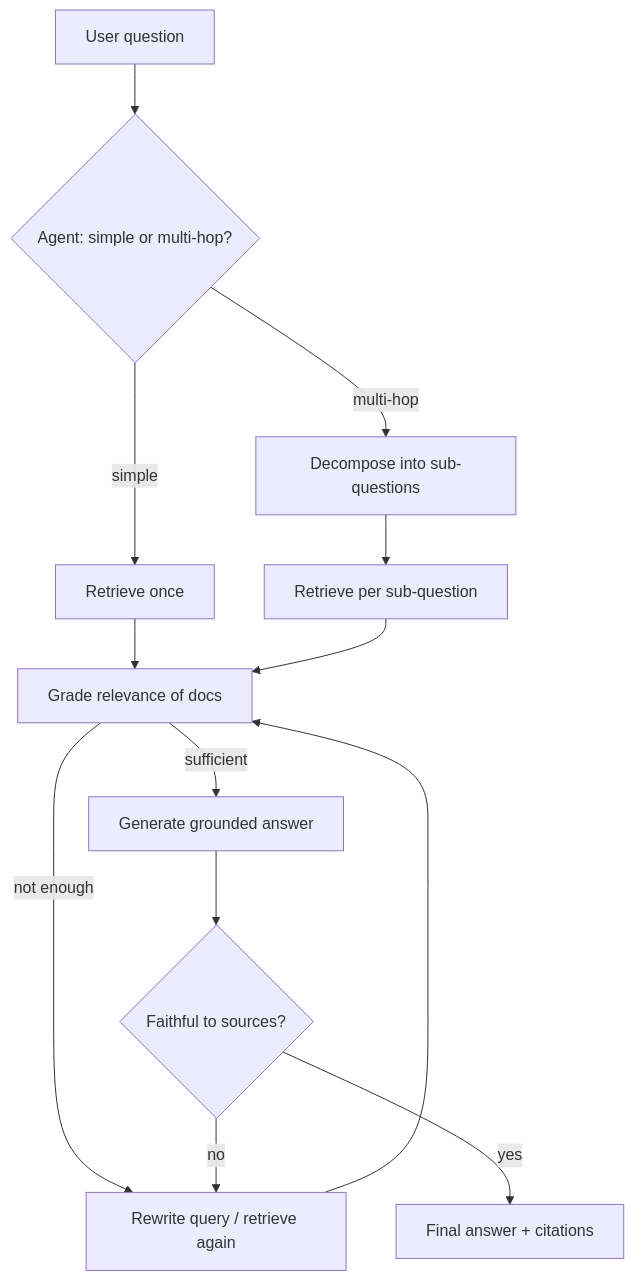
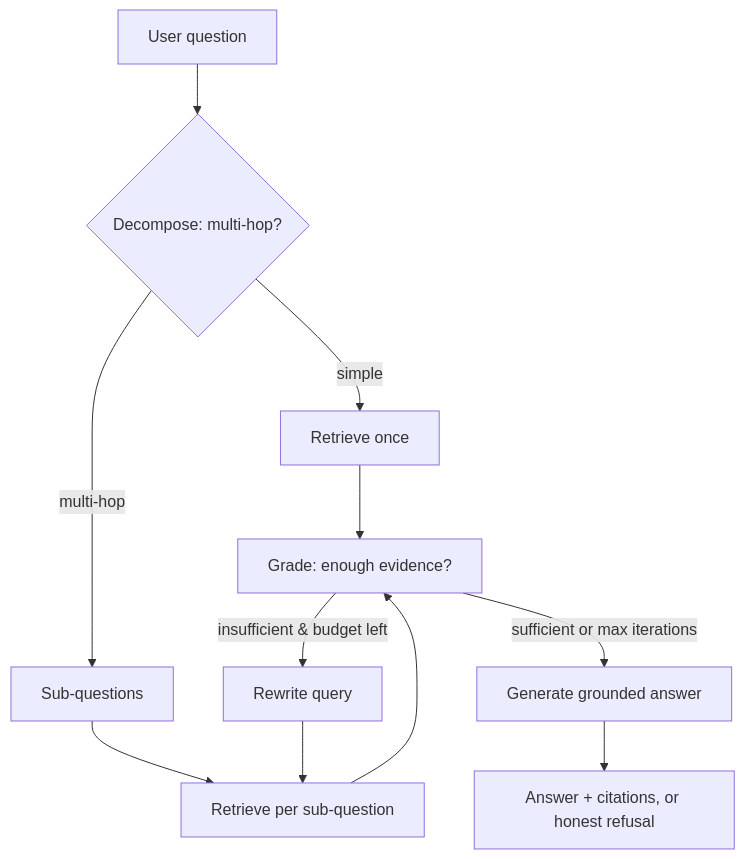
The diagram in README.md (didardagidir/RAG), drawn with Mermaid before and after one commit. The commit also changed other lines of this file, not shown here.

Commit message:
Final README: full pipeline, results, and honest agentic analysis (Phases 1-6)

````diff
--- a/README.md
+++ b/README.md
@@ -27,15 +27,13 @@
 ```mermaid
 flowchart TD
-    Q[User question] --> ROUTE{Agent: simple or multi-hop?}
-    ROUTE -->|simple| R1[Retrieve once]
-    ROUTE -->|multi-hop| DECOMP[Decompose into sub-questions]
-    DECOMP --> R2[Retrieve per sub-question]
-    R1 --> GRADE[Grade relevance of docs]
+    Q[User question] --> DEC{Decompose: multi-hop?}
+    DEC -->|simple| R1[Retrieve once]
+    DEC -->|multi-hop| SUBS[Sub-questions]
+    SUBS --> R2[Retrieve per sub-question]
+    R1 --> GRADE[Grade: enough evidence?]
     R2 --> GRADE
-    GRADE -->|not enough| REWRITE[Rewrite query / retrieve again]
-    REWRITE --> GRADE
-    GRADE -->|sufficient| GEN[Generate grounded answer]
-    GEN --> CHECK{Faithful to sources?}
-    CHECK -->|no| REWRITE
-    CHECK -->|yes| OUT[Final answer + citations]
+    GRADE -->|insufficient & budget left| REWRITE[Rewrite query]
+    REWRITE --> R2
+    GRADE -->|sufficient or max iterations| GEN[Generate grounded answer]
+    GEN --> OUT[Answer + citations, or honest refusal]
 ```
````
